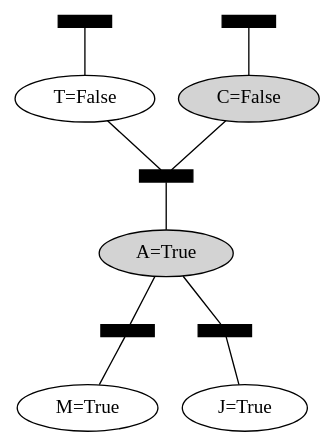
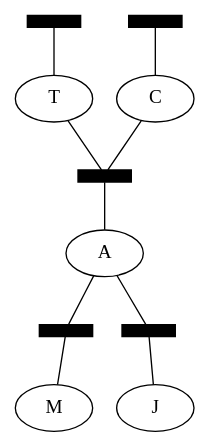
The diagram in TP1/python/output/factorGraph.gv (PolyMtl/INF8225-1), drawn with Graphviz before and after one commit. The commit also changed 48 other files, not shown here.

```diff
--- a/TP1/python/output/factorGraph.gv
+++ b/TP1/python/output/factorGraph.gv
@@ -1,25 +1,25 @@
 // Factor Graph
 digraph {
 	graph [rotation=0]
 	node [fontsize=14.4 penwidth=1]
 	edge [arrowhead=none penwidth=1]
-		C [label="C=False" height=0.48 style=filled width=0.8]
-		T [label="T=False" height=0.48 style=solid width=0.8]
-		A [label="A=True" height=0.48 style=filled width=0.8]
-		M [label="M=True" height=0.48 style=solid width=0.8]
-		J [label="J=True" height=0.48 style=solid width=0.8]
+		C [label=C height=0.48 style=solid width=0.8]
+		T [label=T height=0.48 style=solid width=0.8]
+		A [label=A height=0.48 style=solid width=0.8]
+		M [label=M height=0.48 style=solid width=0.8]
+		J [label=J height=0.48 style=solid width=0.8]
 		"f(C)" [label="" color=black fixedsize=true height=0.12 shape=rect style=filled width=0.5599999999999999]
 		"f(T)" [label="" color=black fixedsize=true height=0.12 shape=rect style=filled width=0.5599999999999999]
 		"f(C,T,A)" [label="" color=black fixedsize=true height=0.12 shape=rect style=filled width=0.5599999999999999]
 		"f(A,M)" [label="" color=black fixedsize=true height=0.12 shape=rect style=filled width=0.5599999999999999]
 		"f(A,J)" [label="" color=black fixedsize=true height=0.12 shape=rect style=filled width=0.5599999999999999]
 			"f(C)" -> C
 			"f(T)" -> T
 			T -> "f(C,T,A)"
 			C -> "f(C,T,A)"
 			"f(C,T,A)" -> A
 			A -> "f(A,M)"
 			A -> "f(A,J)"
 			"f(A,J)" -> J
 			"f(A,M)" -> M
 }
```
